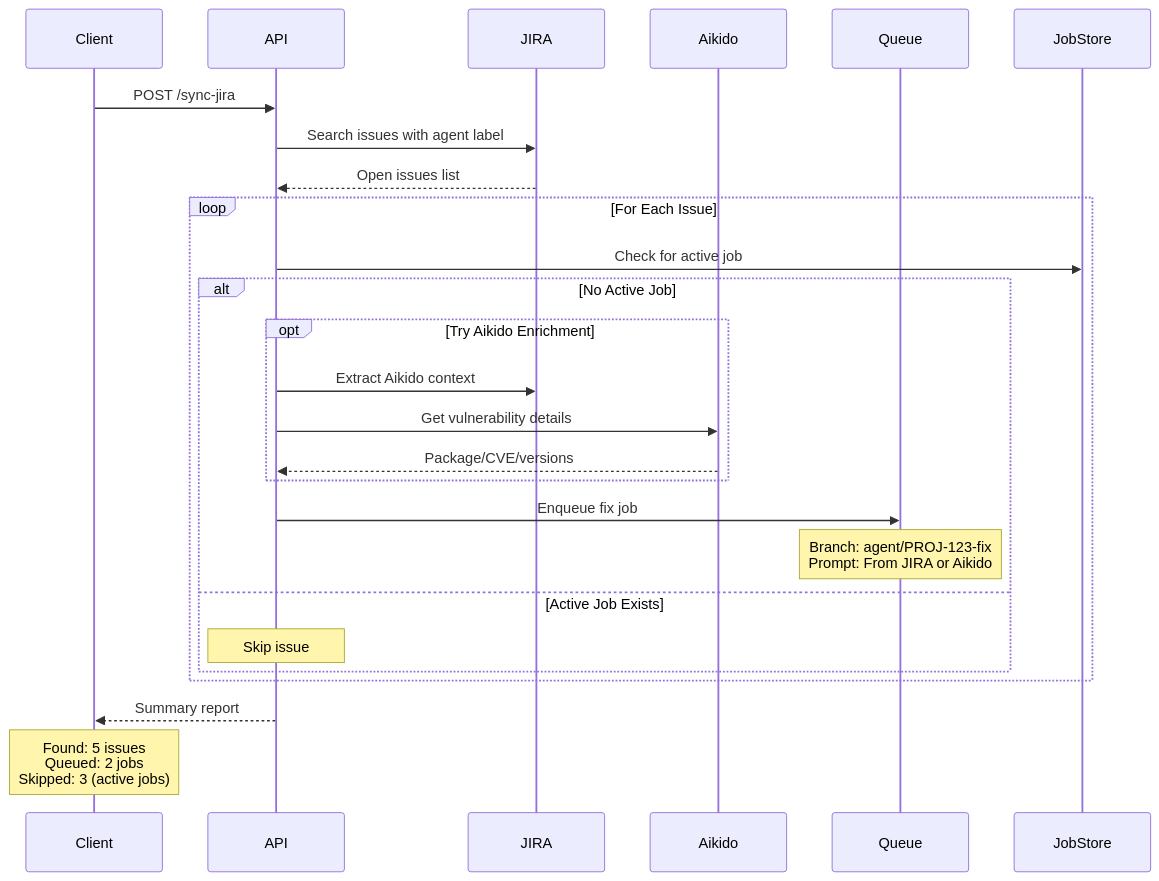
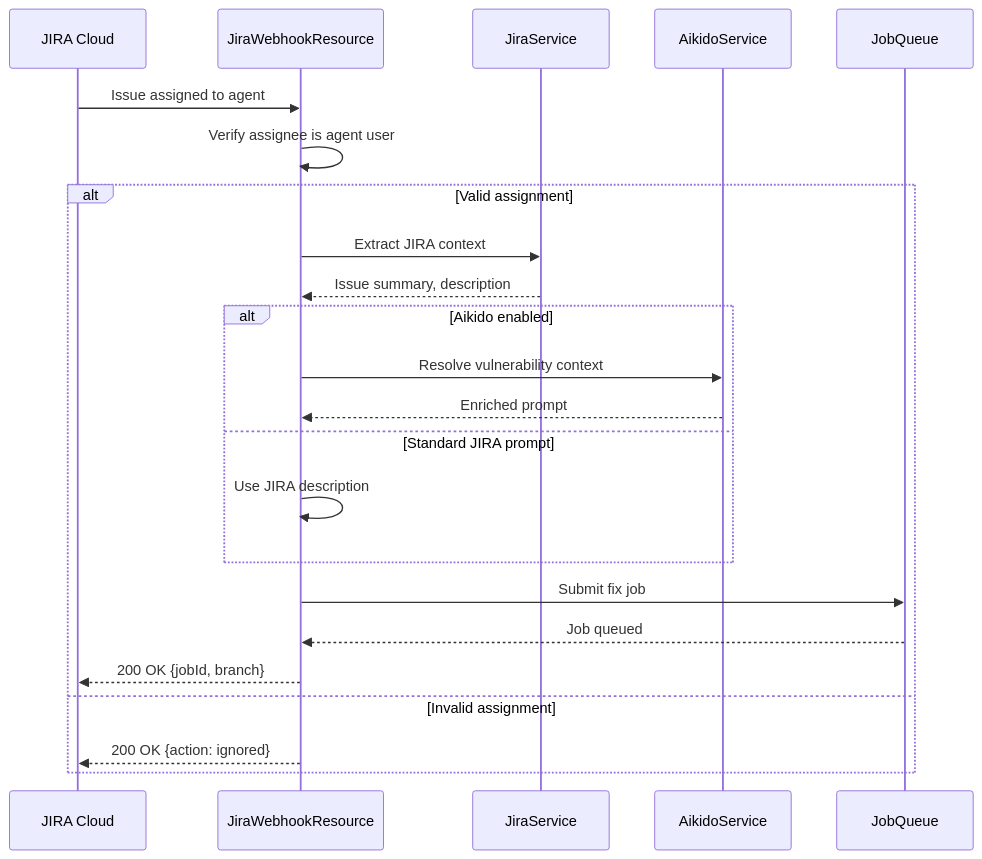
Before and after one commit to Ai-Whisperers/code-agent: the fifth of 12 diagrams in docs/flows.md, drawn with Mermaid. The commit also changed other lines of this file and 6 other files, not shown here.

````diff
--- a/docs/flows.md
+++ b/docs/flows.md
@@ -217,32 +276,30 @@
 ```mermaid
 sequenceDiagram
-    participant Client
-    participant API
-    participant JIRA
-    participant Aikido
-    participant Queue
-    participant JobStore
+    participant JIRA as JIRA Cloud
+    participant Webhook as JiraWebhookResource
+    participant Service as JiraService
+    participant Aikido as AikidoService
+    participant Queue as JobQueue
 
-    Client->>API: POST /sync-jira
-    API->>JIRA: Search issues with agent label
-    JIRA-->>API: Open issues list
+    JIRA->>Webhook: Issue assigned to agent
+    Webhook->>Webhook: Verify assignee is agent user
     
-    loop For Each Issue
-        API->>JobStore: Check for active job
-        alt No Active Job
-            opt Try Aikido Enrichment
-                API->>JIRA: Extract Aikido context
-                API->>Aikido: Get vulnerability details
-                Aikido-->>API: Package/CVE/versions
-            end
-            
-            API->>Queue: Enqueue fix job
-            Note over Queue: Branch: agent/PROJ-123-fix<br/>Prompt: From JIRA or Aikido
-        else Active Job Exists
-            Note over API: Skip issue
+    alt Valid assignment
+        Webhook->>Service: Extract JIRA context
+        Service-->>Webhook: Issue summary, description
+        
+        alt Aikido enabled
+            Webhook->>Aikido: Resolve vulnerability context
+            Aikido-->>Webhook: Enriched prompt
+        else Standard JIRA prompt
+            Webhook->>Webhook: Use JIRA description
         end
+        
+        Webhook->>Queue: Submit fix job
+        Queue-->>Webhook: Job queued
+        Webhook-->>JIRA: 200 OK {jobId, branch}
+        
+    else Invalid assignment
+        Webhook-->>JIRA: 200 OK {action: ignored}
     end
-    
-    API-->>Client: Summary report
-    Note over Client: Found: 5 issues<br/>Queued: 2 jobs<br/>Skipped: 3 (active jobs)
 ```
````
